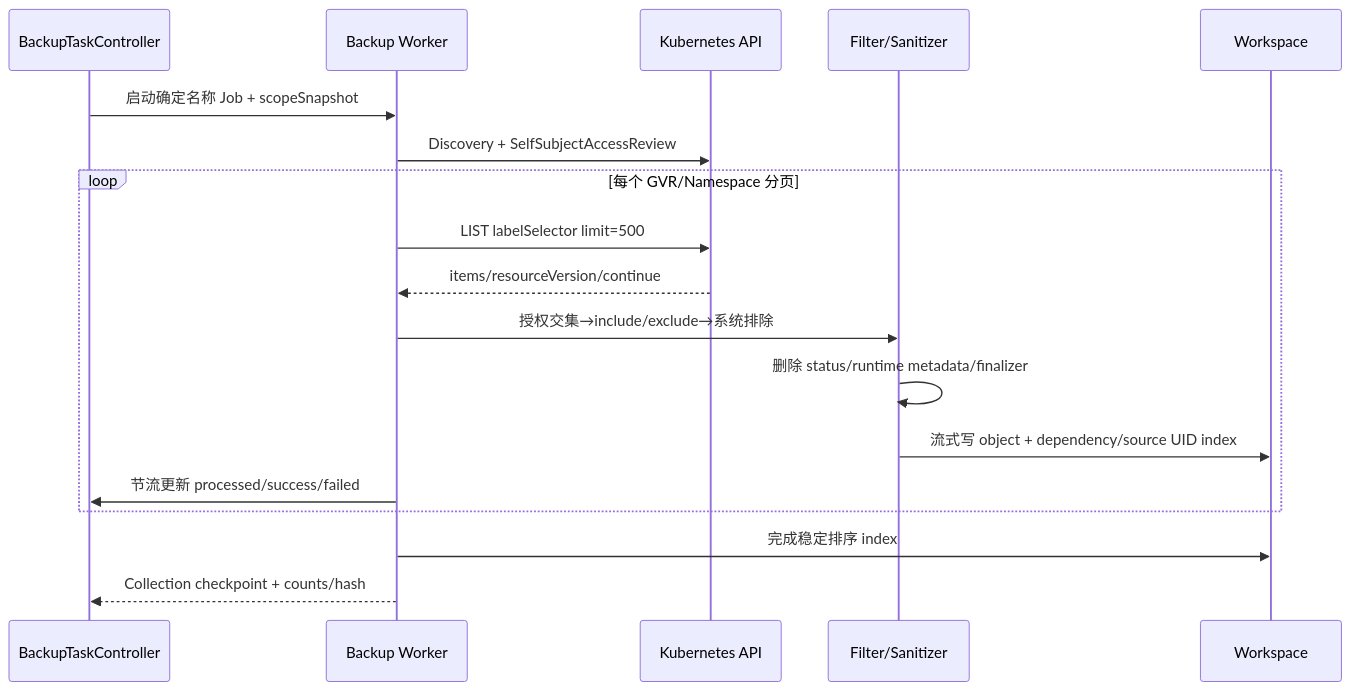
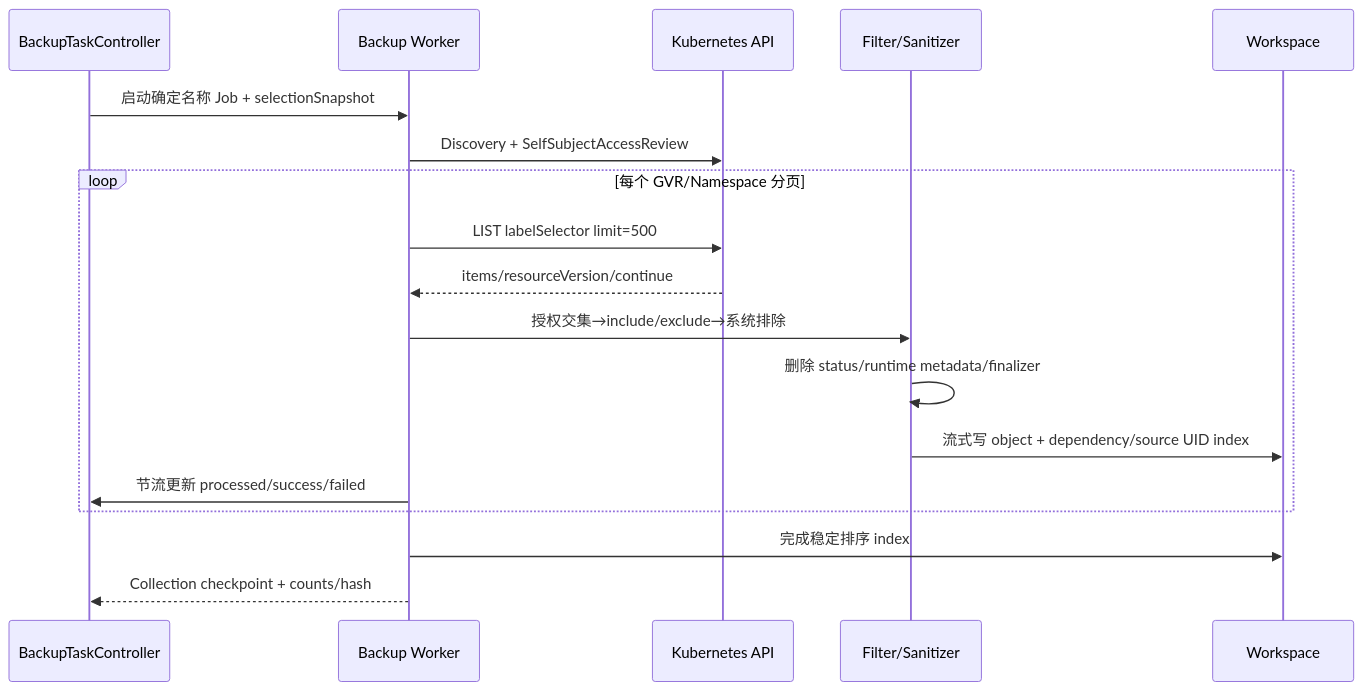
The sixth of 16 diagrams in docs/backup-restore/05-备份恢复流程设计.md (544129603/backup-restore), drawn with Mermaid before and after one commit. The commit also changed other lines of this file and 11 other files, not shown here.

````diff
--- a/docs/backup-restore/05-备份恢复流程设计.md
+++ b/docs/backup-restore/05-备份恢复流程设计.md
@@ -156,20 +156,20 @@
 ```mermaid
 sequenceDiagram
   participant BTC as BackupTaskController
   participant W as Backup Worker
   participant K as Kubernetes API
   participant F as Filter/Sanitizer
   participant WS as Workspace
-  BTC->>W: 启动确定名称 Job + scopeSnapshot
+  BTC->>W: 启动确定名称 Job + selectionSnapshot
   W->>K: Discovery + SelfSubjectAccessReview
   loop 每个 GVR/Namespace 分页
     W->>K: LIST labelSelector limit=500
     K-->>W: items/resourceVersion/continue
     W->>F: 授权交集→include/exclude→系统排除
     F->>F: 删除 status/runtime metadata/finalizer
     F->>WS: 流式写 object + dependency/source UID index
     W->>BTC: 节流更新 processed/success/failed
   end
   W->>WS: 完成稳定排序 index
   W-->>BTC: Collection checkpoint + counts/hash
 ```
````
